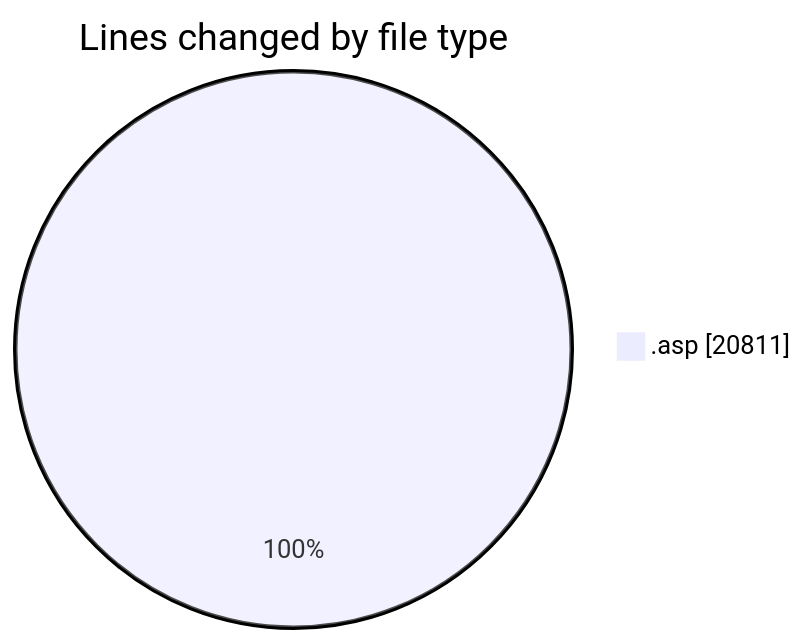
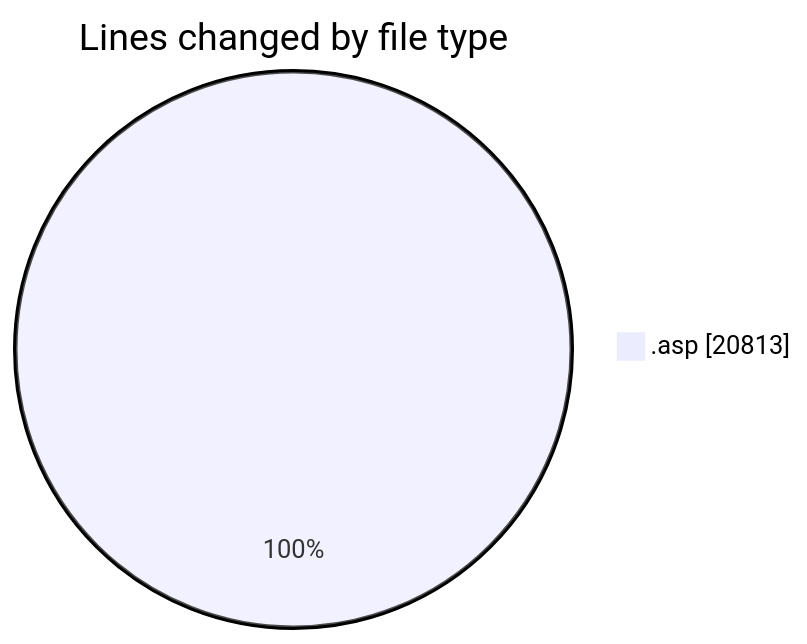
One commit to julien-gomy/code-tracking changed the first of 2 diagrams in 2025-11-14/cdp_aleoudev_fr__workspace_/README.md. Above: the diagram before and after it, drawn with Mermaid. The commit also changed other lines of this file and 1 other file, not shown here.

````diff
--- a/2025-11-14/cdp_aleoudev_fr__workspace_/README.md
+++ b/2025-11-14/cdp_aleoudev_fr__workspace_/README.md
@@ -37,5 +37,5 @@
 ```mermaid
 pie showData
 title Lines changed by file type
-".asp" : 20811
+".asp" : 20813
 ```
````
